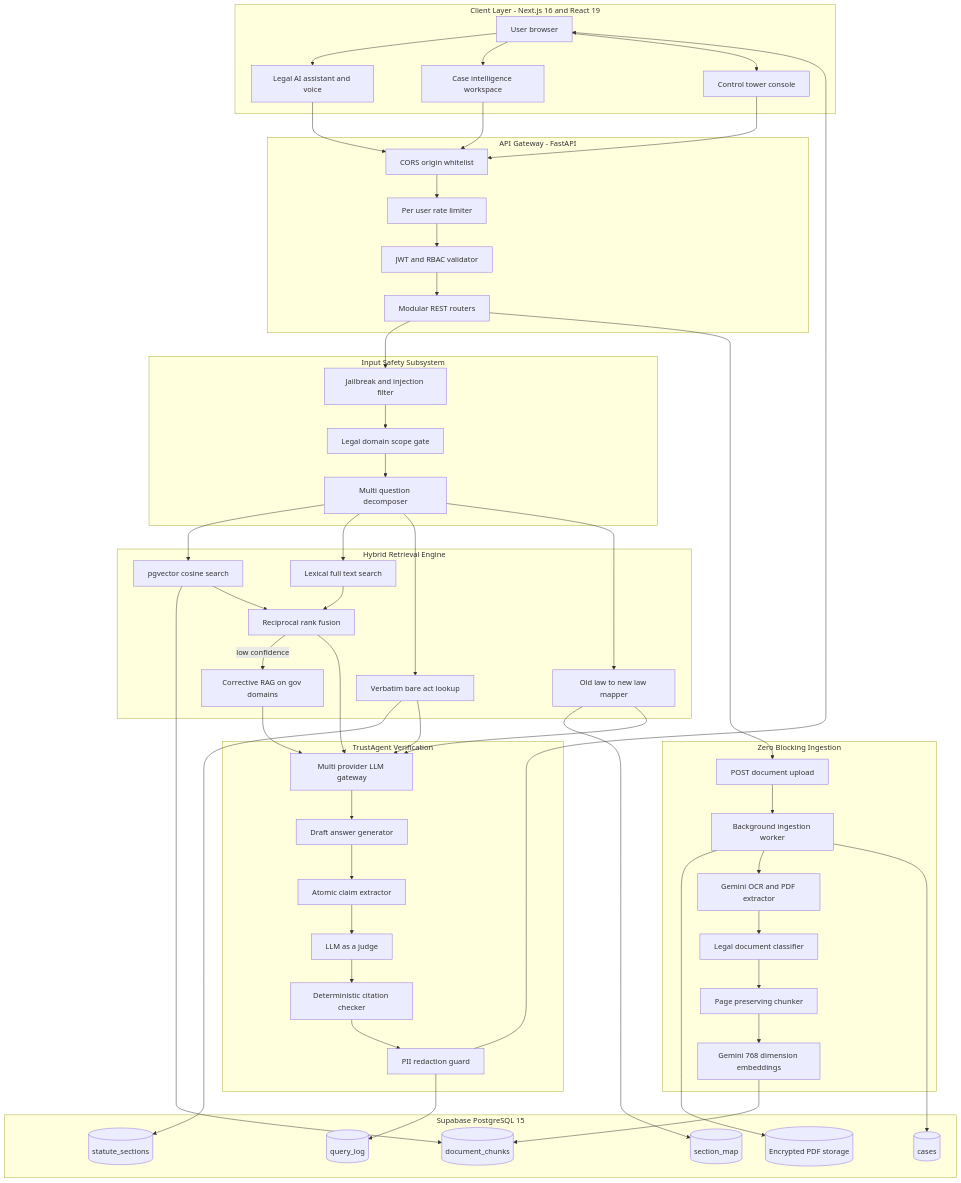
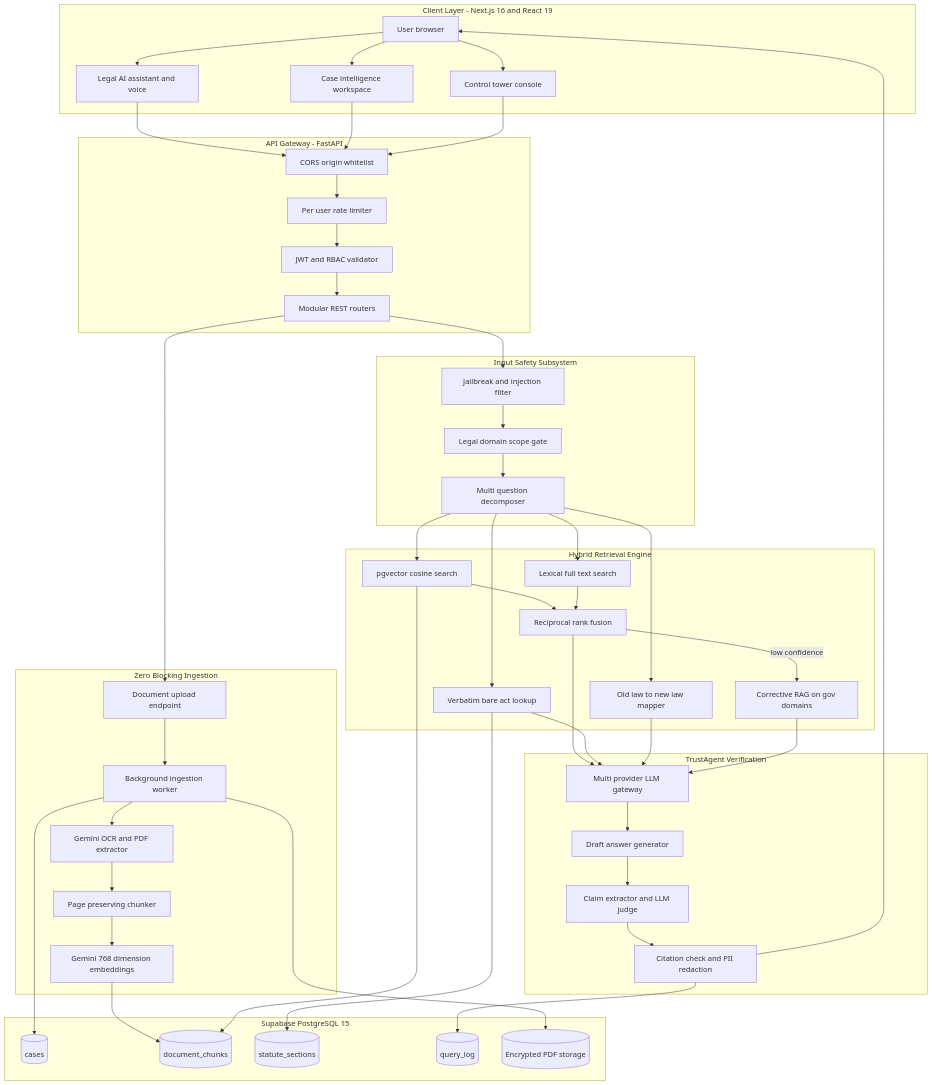
Before and after one commit to tanisha-64/NyayaPramaan: the first of 4 diagrams in README.md, drawn with Mermaid. The commit also changed other lines of this file and 2 other files, not shown here.

Commit message:
docs: split mermaid diagrams across three files to fix GitHub render limit

````diff
--- a/README.md
+++ b/README.md
@@ -185,10 +162,9 @@
     end
 
     subgraph Ingest["Zero Blocking Ingestion"]
-        Upload["POST document upload"]
+        Upload["Document upload endpoint"]
         Worker["Background ingestion worker"]
         Reader["Gemini OCR and PDF extractor"]
-        Classifier["Legal document classifier"]
         Chunker["Page preserving chunker"]
         Embedder["Gemini 768 dimension embeddings"]
     end
@@ -205,17 +181,14 @@
     subgraph Trust["TrustAgent Verification"]
         LLMGw["Multi provider LLM gateway"]
         Draft["Draft answer generator"]
-        Claims["Atomic claim extractor"]
-        Judge["LLM as a judge"]
-        CiteChk["Deterministic citation checker"]
-        OutGuard["PII redaction guard"]
+        Judge["Claim extractor and LLM judge"]
+        OutGuard["Citation check and PII redaction"]
     end
 
     subgraph Storage["Supabase PostgreSQL 15"]
         DBCases[("cases")]
         DBChunks[("document_chunks")]
         DBStatutes[("statute_sections")]
-        DBMap[("section_map")]
         DBLog[("query_log")]
         Files[("Encrypted PDF storage")]
     end
@@ -238,8 +211,7 @@
     Upload --> Worker
     Worker --> Files
     Worker --> Reader
-    Reader --> Classifier
-    Classifier --> Chunker
+    Reader --> Chunker
     Chunker --> Embedder
     Embedder --> DBChunks
     Worker --> DBCases
@@ -250,7 +222,6 @@
     MultiQ --> SecMap
     VecStore --> DBChunks
     Statutes --> DBStatutes
-    SecMap --> DBMap
     VecStore --> RRF
     LexSearch --> RRF
     RRF -->|"low confidence"| CRAG
@@ -260,10 +231,8 @@
     SecMap --> LLMGw
     CRAG --> LLMGw
     LLMGw --> Draft
-    Draft --> Claims
-    Claims --> Judge
-    Judge --> CiteChk
-    CiteChk --> OutGuard
+    Draft --> Judge
+    Judge --> OutGuard
     OutGuard --> DBLog
     OutGuard --> Browser
 ```
````
